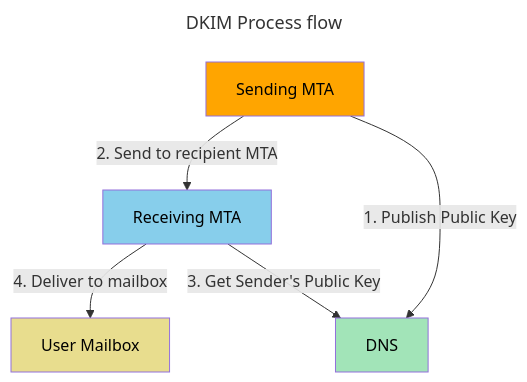
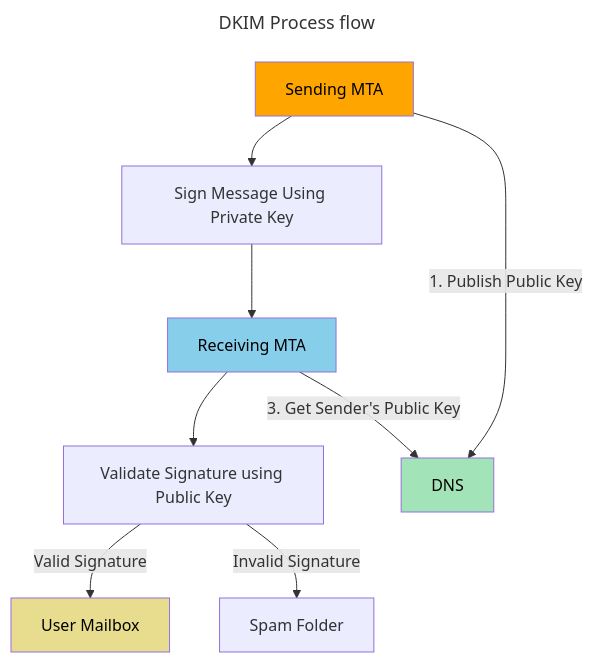
Before and after one commit to KumoCorp/kumomta: the diagram in docs/userguide/configuration/dkim.md, drawn with Mermaid. The commit also changed other lines of this file and 2 other files, not shown here.

````diff
--- a/docs/userguide/configuration/dkim.md
+++ b/docs/userguide/configuration/dkim.md
@@ -20,20 +20,26 @@
 ```mermaid
 ---
 title: DKIM Process flow
 ---
 graph TD
     SMTA["Sending MTA"]
+    SIGN["Sign Message Using Private Key"]
+    VALIDATE["Validate Signature using Public Key"]
     RMTA["Receiving MTA"]
     MBOX["User Mailbox"]
+    SPAM["Spam Folder"]
     DNS
-    SMTA -- 2. Send to recipient MTA --> RMTA
-    RMTA -- 4. Deliver to mailbox --> MBOX
+    SMTA --> SIGN
+    SIGN --> RMTA
+    RMTA --> VALIDATE
     SMTA -- 1. Publish Public Key --> DNS
     RMTA -- 3. Get Sender's Public Key --> DNS
+    VALIDATE -- Valid Signature --> MBOX
+    VALIDATE -- Invalid Signature --> SPAM
 
    style SMTA fill:orange,color:black
    style RMTA fill:skyblue,color:black
    style DNS fill:#A2E4B8,color:black
    style MBOX fill:#E8DD8E,color:black
 
 ```
````
